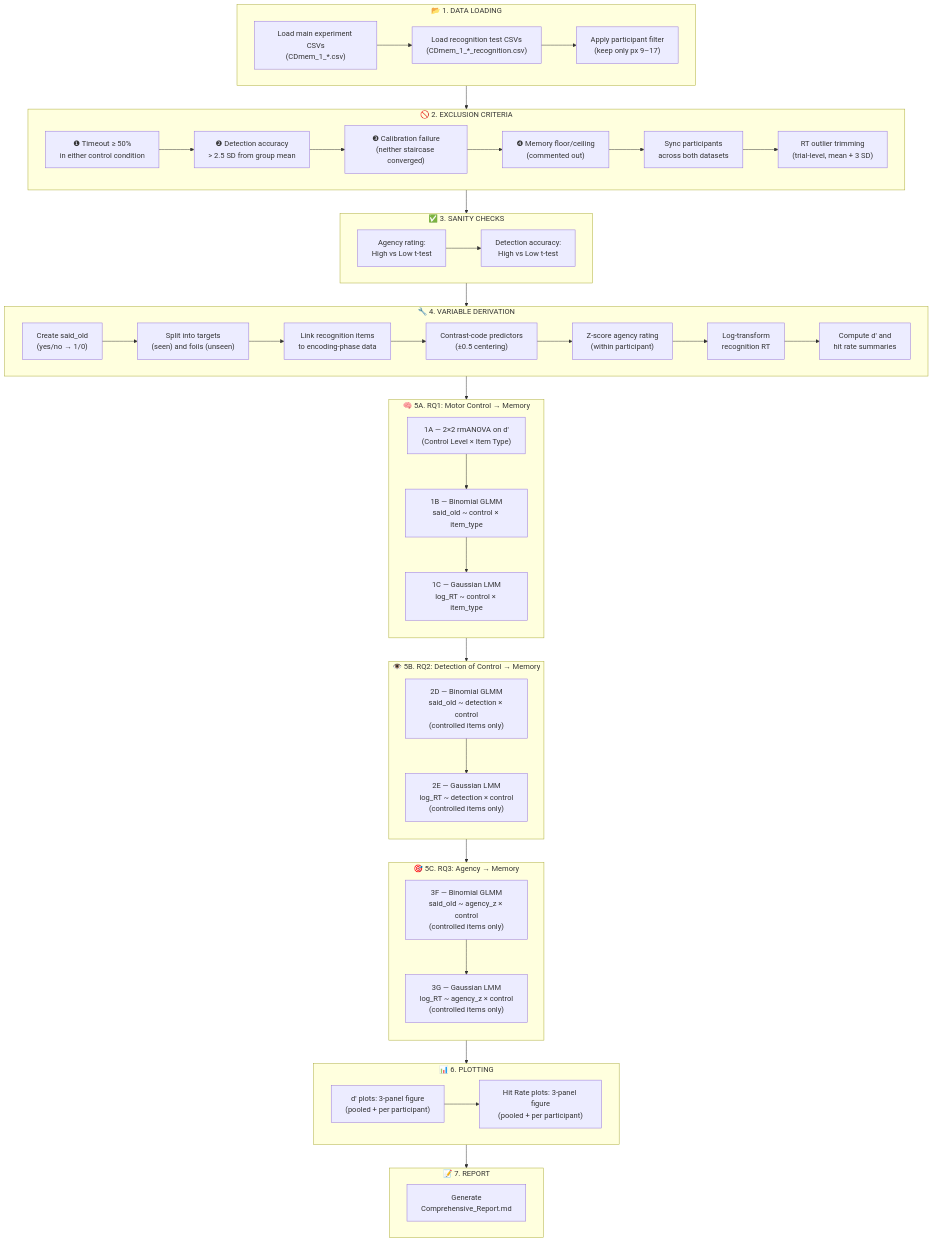
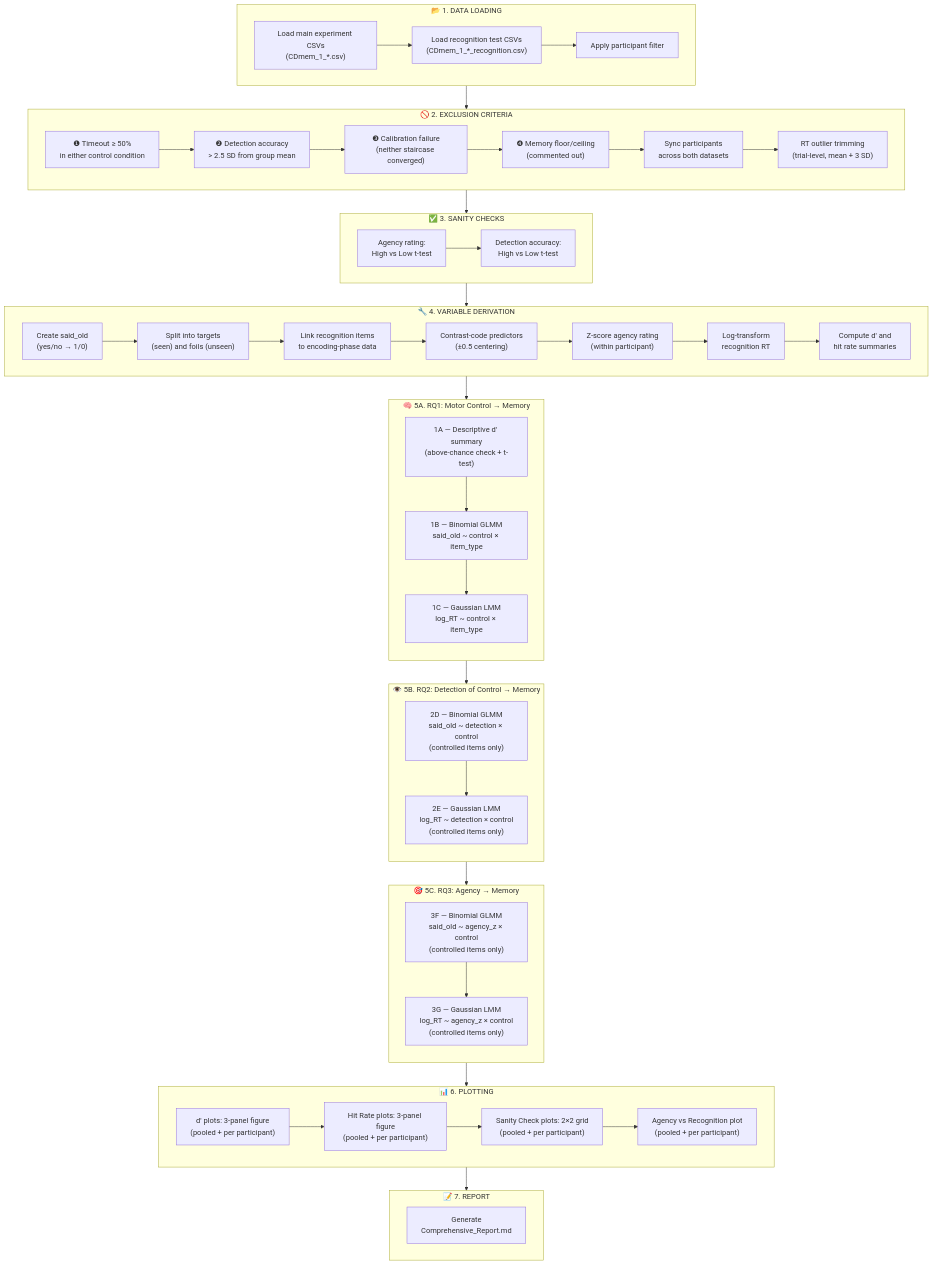
One commit to elifgzn/control_detection changed the diagram in CDmem/analyses/behavioral/CDmem_analyses_guide.md. Above: the diagram before and after it, drawn with Mermaid. The commit also changed other lines of this file and 5 other files, not shown here.

````diff
--- a/CDmem/analyses/behavioral/CDmem_analyses_guide.md
+++ b/CDmem/analyses/behavioral/CDmem_analyses_guide.md
@@ -9,68 +9,70 @@
 ```mermaid
 flowchart TD
     subgraph LOAD ["📂 1. DATA LOADING"]
         A1["Load main experiment CSVs<br/>(CDmem_1_*.csv)"] --> A2["Load recognition test CSVs<br/>(CDmem_1_*_recognition.csv)"]
-        A2 --> A3["Apply participant filter<br/>(keep only px 9–17)"]
+        A2 --> A3["Apply participant filter"]
     end
 
     subgraph EXCLUDE ["🚫 2. EXCLUSION CRITERIA"]
         B1["❶ Timeout ≥ 50%<br/>in either control condition"]
         B2["❷ Detection accuracy<br/>> 2.5 SD from group mean"]
         B3["❸ Calibration failure<br/>(neither staircase converged)"]
         B4["❹ Memory floor/ceiling<br/>(commented out)"]
         B5["Sync participants<br/>across both datasets"]
         B6["RT outlier trimming<br/>(trial-level, mean + 3 SD)"]
         B1 --> B2 --> B3 --> B4 --> B5 --> B6
     end
 
     subgraph SANITY ["✅ 3. SANITY CHECKS"]
         C1["Agency rating:<br/>High vs Low t-test"]
         C2["Detection accuracy:<br/>High vs Low t-test"]
         C1 --> C2
     end
 
     subgraph DERIVE ["🔧 4. VARIABLE DERIVATION"]
         D1["Create said_old<br/>(yes/no → 1/0)"]
         D2["Split into targets<br/>(seen) and foils (unseen)"]
         D3["Link recognition items<br/>to encoding-phase data"]
         D4["Contrast-code predictors<br/>(±0.5 centering)"]
         D5["Z-score agency rating<br/>(within participant)"]
         D6["Log-transform<br/>recognition RT"]
         D7["Compute d' and<br/>hit rate summaries"]
         D1 --> D2 --> D3 --> D4 --> D5 --> D6 --> D7
     end
 
     subgraph RQ1 ["🧠 5A. RQ1: Motor Control → Memory"]
         direction TB
-        E1["1A — 2×2 rmANOVA on d'<br/>(Control Level × Item Type)"]
+        E1["1A — Descriptive d' summary<br/>(above-chance check + t-test)"]
         E2["1B — Binomial GLMM<br/>said_old ~ control × item_type"]
         E3["1C — Gaussian LMM<br/>log_RT ~ control × item_type"]
         E1 --> E2 --> E3
     end
 
     subgraph RQ2 ["👁️ 5B. RQ2: Detection of Control → Memory"]
         direction TB
         F1["2D — Binomial GLMM<br/>said_old ~ detection × control<br/>(controlled items only)"]
         F2["2E — Gaussian LMM<br/>log_RT ~ detection × control<br/>(controlled items only)"]
         F1 --> F2
     end
 
     subgraph RQ3 ["🎯 5C. RQ3: Agency → Memory"]
         direction TB
         G1["3F — Binomial GLMM<br/>said_old ~ agency_z × control<br/>(controlled items only)"]
         G2["3G — Gaussian LMM<br/>log_RT ~ agency_z × control<br/>(controlled items only)"]
         G1 --> G2
     end
 
     subgraph PLOT ["📊 6. PLOTTING"]
         H1["d' plots: 3-panel figure<br/>(pooled + per participant)"]
         H2["Hit Rate plots: 3-panel figure<br/>(pooled + per participant)"]
-        H1 --> H2
+        H3["Sanity Check plots: 2×2 grid<br/>(pooled + per participant)"]
+        H4["Agency vs Recognition plot<br/>(pooled + per participant)"]
+        H1 --> H2 --> H3 --> H4
     end
 
     subgraph REPORT ["📝 7. REPORT"]
         I1["Generate<br/>Comprehensive_Report.md"]
     end
 
     LOAD --> EXCLUDE --> SANITY --> DERIVE --> RQ1 --> RQ2 --> RQ3 --> PLOT --> REPORT
 ```
````
